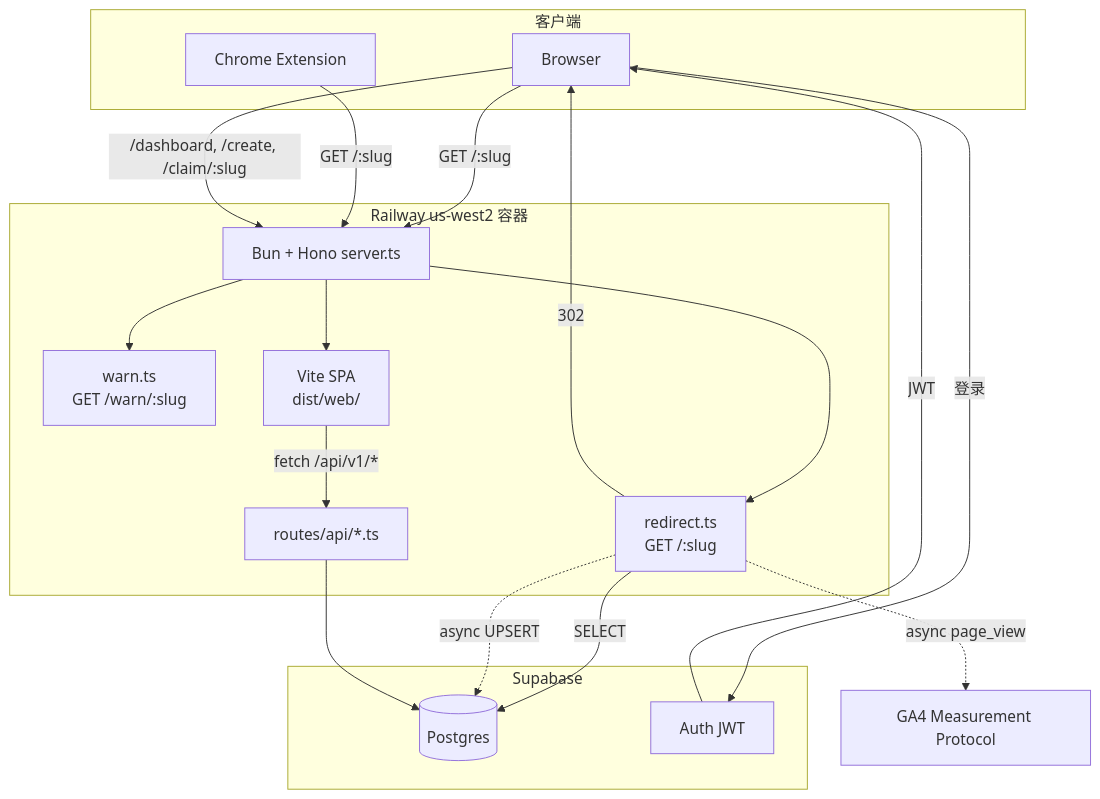
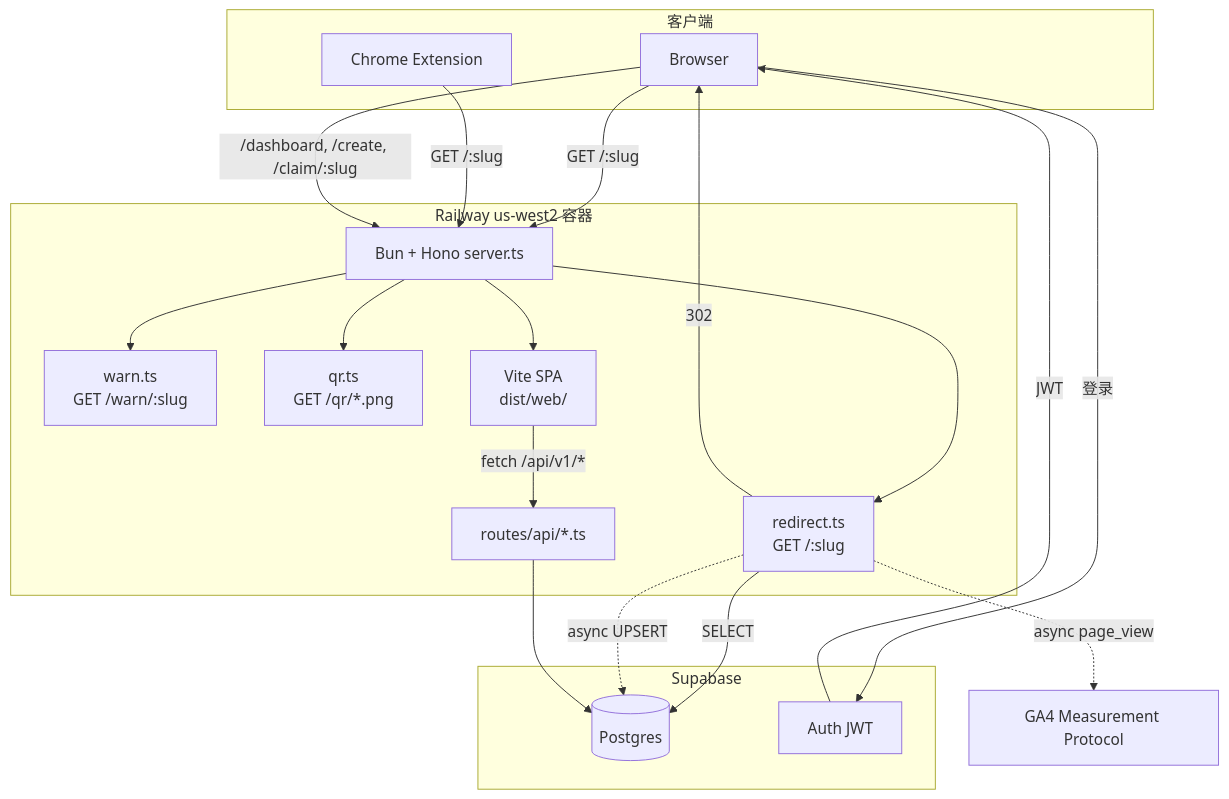
The diagram in docs/CURRENT-ARCHITECT.md (xinbenlv/open-golinks), drawn with Mermaid before and after one commit. The commit also changed other lines of this file and 23 other files, not shown here.

````diff
--- a/docs/CURRENT-ARCHITECT.md
+++ b/docs/CURRENT-ARCHITECT.md
@@ -33,36 +34,38 @@
 ```mermaid
 flowchart TB
   subgraph Client[客户端]
     BR[Browser]
     EX[Chrome Extension]
   end
 
   subgraph Railway[Railway us-west2 容器]
     SRV[Bun + Hono server.ts]
     RED[redirect.ts<br/>GET /:slug]
     WARN[warn.ts<br/>GET /warn/:slug]
+    QR[qr.ts<br/>GET /qr/*.png]
     API[routes/api/*.ts]
     SPA[Vite SPA<br/>dist/web/]
   end
 
   subgraph Supabase[Supabase]
     PG[(Postgres)]
     AUTH[Auth JWT]
   end
 
   BR -->|GET /:slug| SRV
   EX -->|GET /:slug| SRV
   SRV --> RED
   SRV --> WARN
+  SRV --> QR
   RED -->|SELECT| PG
   RED -->|302| BR
   RED -.->|async UPSERT| PG
   RED -.->|async page_view| GA4[GA4 Measurement Protocol]
 
   BR -->|/dashboard, /create, /claim/:slug| SRV
   SRV --> SPA
   SPA -->|fetch /api/v1/*| API
   API --> PG
   BR -->|登录| AUTH
   AUTH -->|JWT| BR
 ```
````
